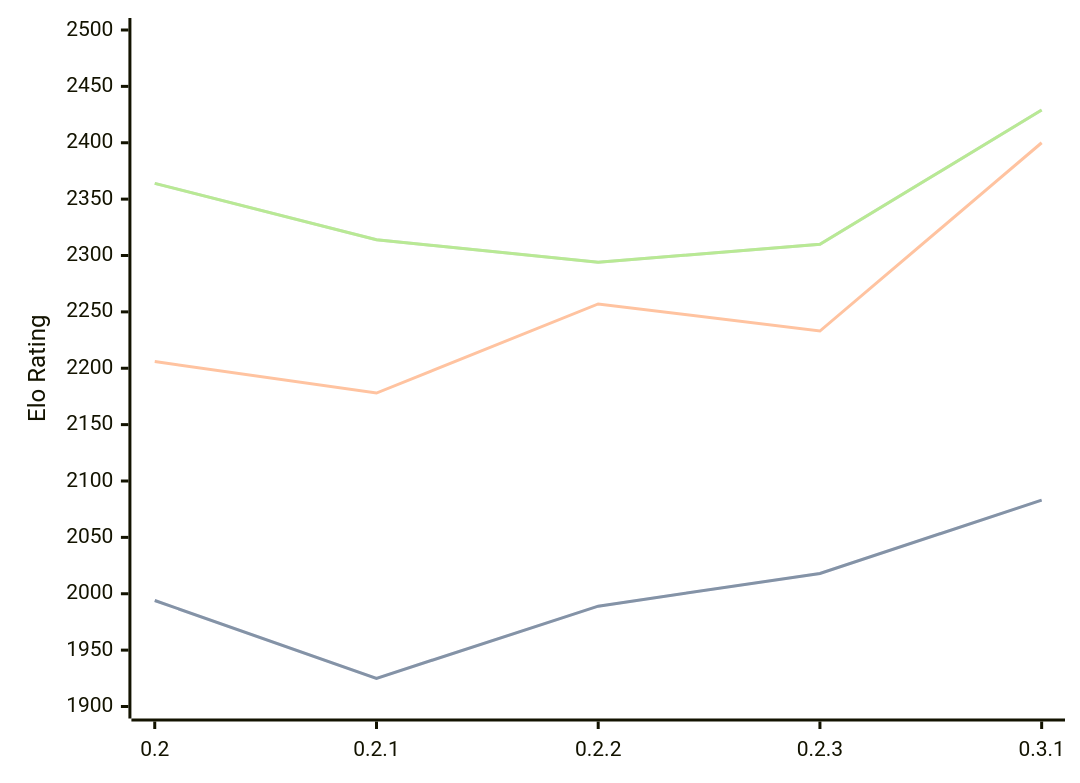
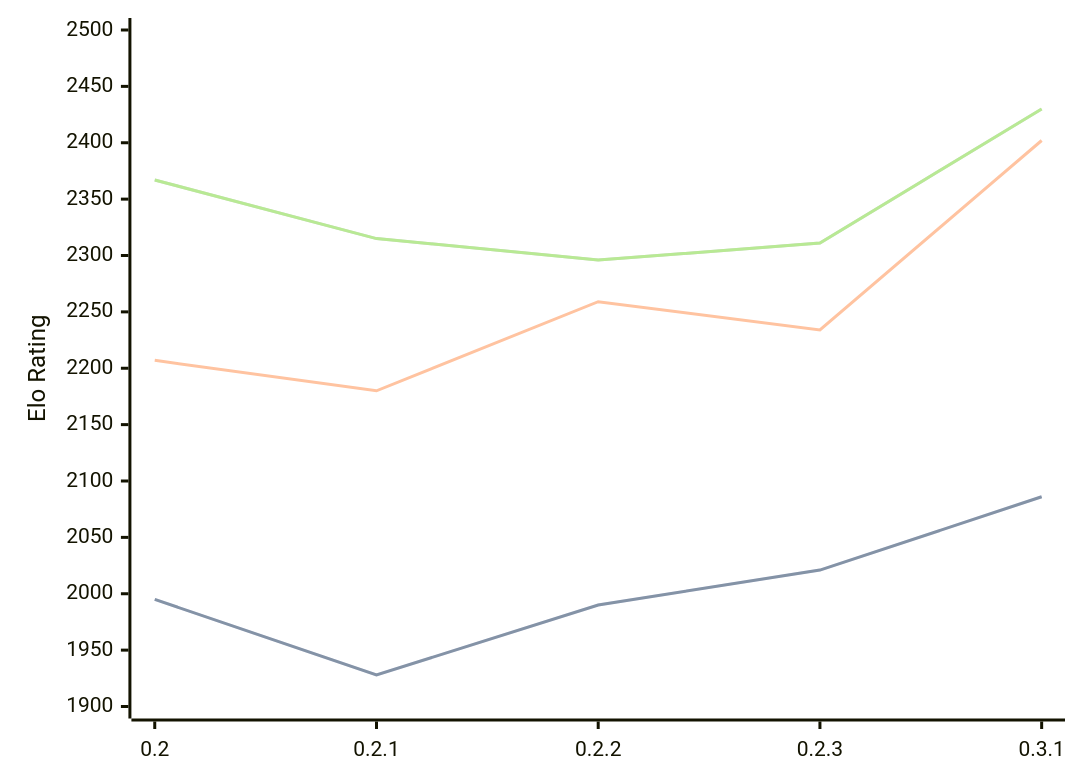
One commit to computer-chess-index/cci changed the diagram in engines/Lolbot.md. Above: the diagram before and after it, drawn with Mermaid. The commit also changed other lines of this file, not shown here.

Commit message:
Update CCI Ratings (ELO VLTC) - 2026-08-22

````diff
--- a/engines/Lolbot.md
+++ b/engines/Lolbot.md
@@ -35,11 +35,11 @@
 ```mermaid
 %%{init: {"theme":"base","themeVariables":{"seriesColors:['#a3a3a3','#222221','#faa371']}}}%%
 xychart-beta
   x-axis ["0.2", "0.2.1", "0.2.2", "0.2.3", "0.3.1"]
   y-axis "Elo Rating" 1900 --> 2500
-  line "STC (8.0+0.08s)" [1994, 1925, 1989, 2018, 2083]
-  line "STC (8.0+0.08s)" [1994, 1925, 1989, 2018, 2083]
-  line "LTC (60.0+0.60s)" [2206, 2178, 2257, 2233, 2400]
-  line "VLTC (2m24s+1.12s)" [2364, 2314, 2294, 2310, 2429]
-  line "VLTC (2m24s+1.12s)" [2364, 2314, 2294, 2310, 2429]
+  line "STC (8.0+0.08s)" [1995, 1928, 1990, 2021, 2086]
+  line "STC (8.0+0.08s)" [1995, 1928, 1990, 2021, 2086]
+  line "LTC (60.0+0.60s)" [2207, 2180, 2259, 2234, 2402]
+  line "VLTC (2m24s+1.12s)" [2367, 2315, 2296, 2311, 2430]
+  line "VLTC (2m24s+1.12s)" [2367, 2315, 2296, 2311, 2430]
 ```
````
